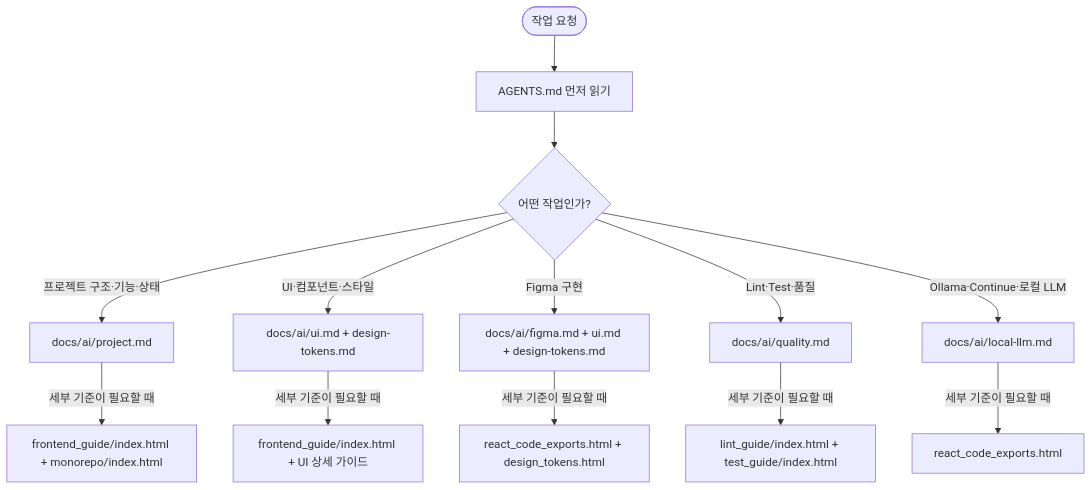
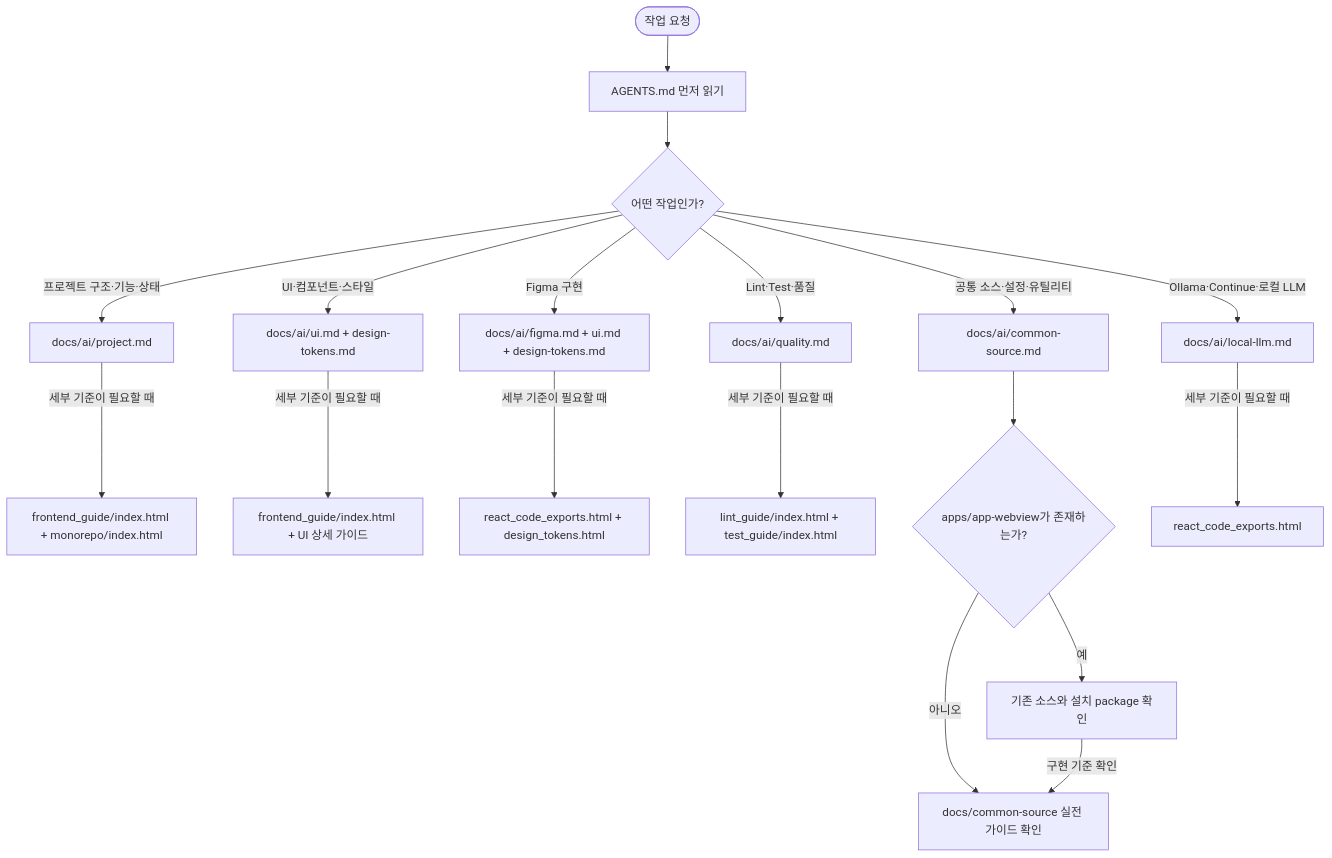
Before and after one commit to minsukong/lounge-docs: the diagram in AI-docs/front-end/AGENTS.md, drawn with Mermaid. The commit also changed other lines of this file and 17 other files, not shown here.

Commit message:
llm 내용 업데이트 / common source 초안

```diff
--- a/AI-docs/front-end/AGENTS.md
+++ b/AI-docs/front-end/AGENTS.md
@@ -29,17 +30,22 @@
   <div class="mermaid">
 flowchart TD
   accTitle: AI의 Front-end 가이드 확인 흐름
-  accDescr: AI는 작업 요청을 받으면 AGENTS.md를 먼저 읽고 작업 종류에 맞는 docs/ai 요약 문서를 선택한 뒤, 세부 기준이 필요할 때만 연결된 HTML 상세 가이드를 확인합니다.
+  accDescr: AI는 작업 요청을 받으면 AGENTS.md를 먼저 읽고 작업 종류에 맞는 docs/ai 요약 문서를 선택한 뒤, 세부 기준이 필요할 때만 연결된 상세 가이드를 확인합니다.
   A([작업 요청]) --> B["AGENTS.md 먼저 읽기"]
   B --> C{"어떤 작업인가?"}
   C -->|"프로젝트 구조·기능·상태"| P["docs/ai/project.md"]
   C -->|"UI·컴포넌트·스타일"| U["docs/ai/ui.md + design-tokens.md"]
   C -->|"Figma 구현"| F["docs/ai/figma.md + ui.md + design-tokens.md"]
   C -->|"Lint·Test·품질"| Q["docs/ai/quality.md"]
+  C -->|"공통 소스·설정·유틸리티"| CS["docs/ai/common-source.md"]
   C -->|"Ollama·Continue·로컬 LLM"| L["docs/ai/local-llm.md"]
   P -->|"세부 기준이 필요할 때"| PH["frontend_guide/index.html + monorepo/index.html"]
   U -->|"세부 기준이 필요할 때"| UH["frontend_guide/index.html + UI 상세 가이드"]
   F -->|"세부 기준이 필요할 때"| FH["react_code_exports.html + design_tokens.html"]
   Q -->|"세부 기준이 필요할 때"| QH["lint_guide/index.html + test_guide/index.html"]
+  CS --> CSR{"apps/app-webview가 존재하는가?"}
+  CSR -->|"예"| CSS["기존 소스와 설치 package 확인"]
+  CSR -->|"아니오"| CSH["docs/common-source 실전 가이드 확인"]
+  CSS -->|"구현 기준 확인"| CSH
   L -->|"세부 기준이 필요할 때"| LH["react_code_exports.html"]
   </div>
```
